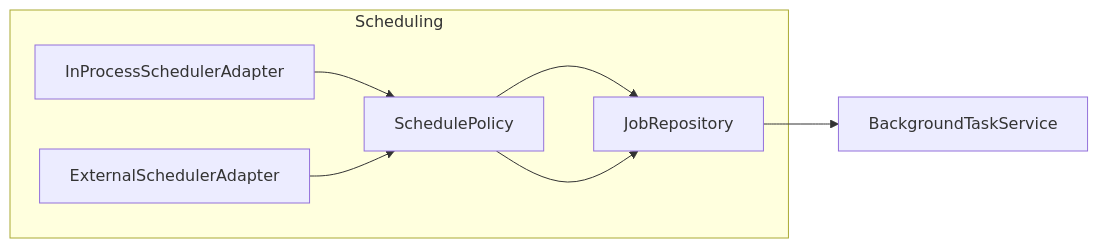
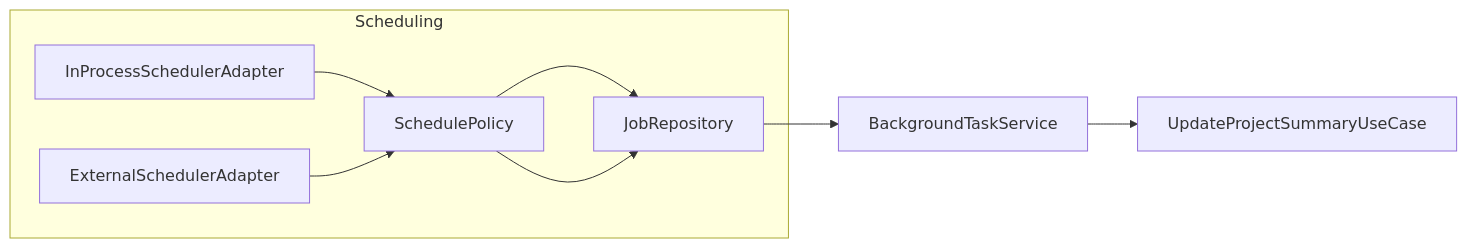
The tenth of 12 diagrams in docs/plans/2026-01-19-ai-oop-refactor-design.md (OpenLoaf/OpenLoaf), drawn with Mermaid before and after one commit. The commit also changed other lines of this file, not shown here.

Commit message:
docs: update diagrams for future features

````diff
--- a/docs/plans/2026-01-19-ai-oop-refactor-design.md
+++ b/docs/plans/2026-01-19-ai-oop-refactor-design.md
@@ -564,12 +570,13 @@
 ```mermaid
 flowchart LR
   subgraph Scheduling
     InProc[InProcessSchedulerAdapter]
     External[ExternalSchedulerAdapter]
     Policy[SchedulePolicy]
     Jobs[JobRepository]
   end
   InProc --> Policy --> Jobs
   External --> Policy --> Jobs
   Jobs --> TaskRunner[BackgroundTaskService]
+  TaskRunner --> UpdateSummary[UpdateProjectSummaryUseCase]
 ```
````
